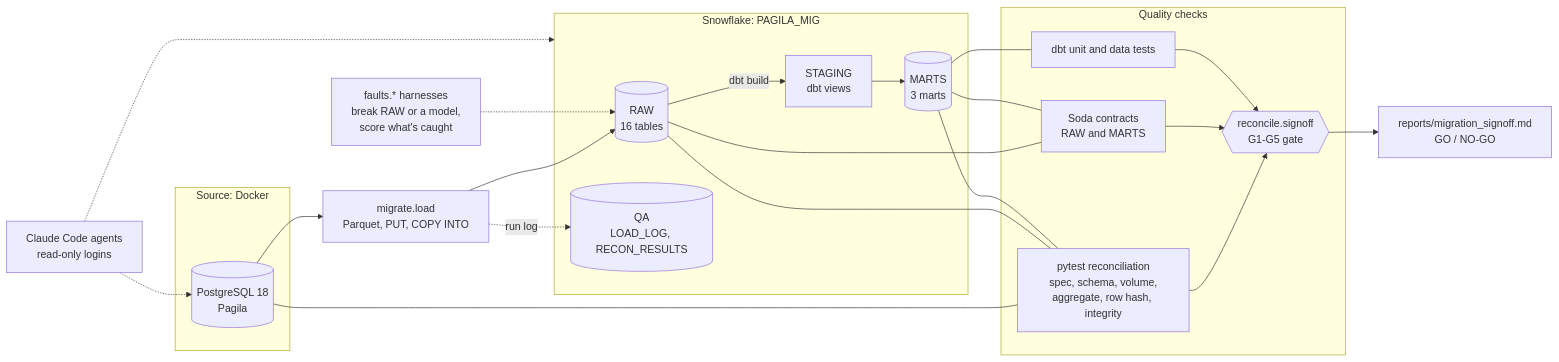
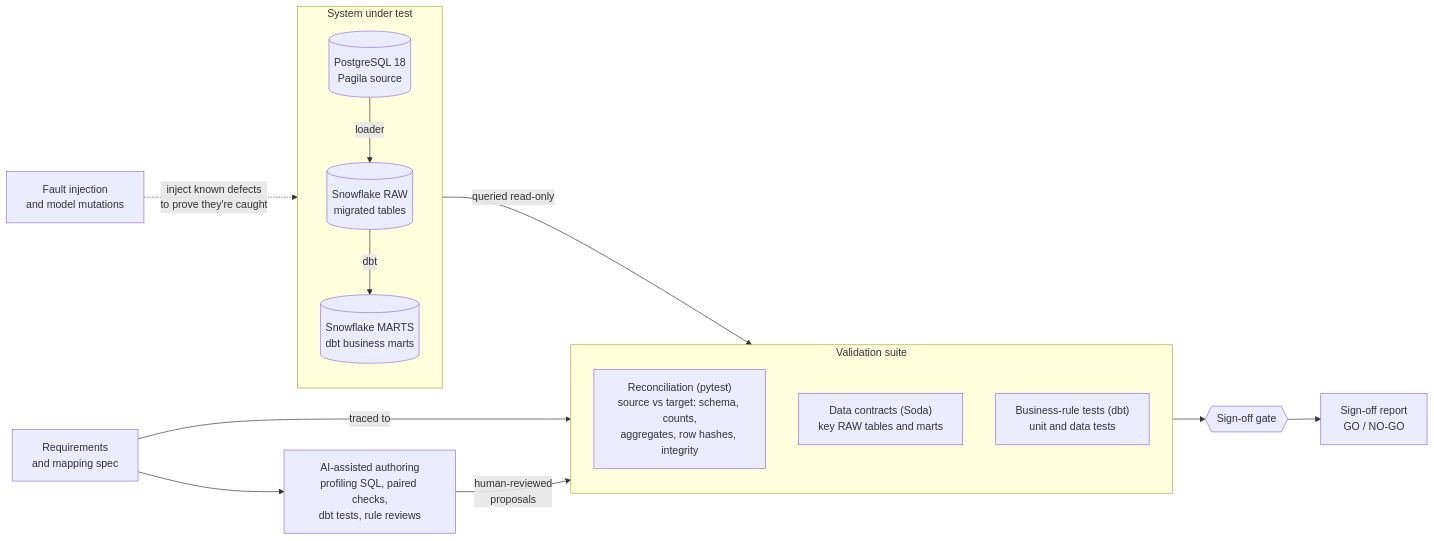
The diagram in README.md (cjbramble/pagila-to-snowflake), drawn with Mermaid before and after one commit. The commit also changed other lines of this file, not shown here.

Commit message:
Frame the README around the QA work
The migration and dbt models are the system under test, so the intro, diagram,
and layout table lead with the validation suite. AI agents appear only as
authors of human-reviewed checks and tests, and the Soda vs pytest comparison
is replaced by a plain description of what each does.

````diff
--- a/README.md
+++ b/README.md
@@ -18,40 +24,31 @@
 ```mermaid
 flowchart LR
-    subgraph src["Source: Docker"]
-        PG[("PostgreSQL 18<br>Pagila")]
+    subgraph sut["System under test"]
+        direction TB
+        PG[("PostgreSQL 18<br>Pagila source")]
+        RAW[("Snowflake RAW<br>migrated tables")]
+        MARTS[("Snowflake MARTS<br>dbt business marts")]
+        PG -- "loader" --> RAW -- "dbt" --> MARTS
     end
 
-    subgraph sf["Snowflake: PAGILA_MIG"]
-        RAW[("RAW<br>16 tables")]
-        STG["STAGING<br>dbt views"]
-        MARTS[("MARTS<br>3 marts")]
-        QA[("QA<br>LOAD_LOG, RECON_RESULTS")]
+    REQ["Requirements<br>and mapping spec"]
+
+    subgraph suite["Validation suite"]
+        direction TB
+        REC["Reconciliation (pytest)<br>source vs target: schema, counts,<br>aggregates, row hashes, integrity"]
+        SODA["Data contracts (Soda)<br>key RAW tables and marts"]
+        RULES["Business-rule tests (dbt)<br>unit and data tests"]
     end
 
-    LOAD["migrate.load<br>Parquet, PUT, COPY INTO"]
-    PG --> LOAD --> RAW
-    LOAD -. "run log" .-> QA
-    RAW -- "dbt build" --> STG --> MARTS
+    GATE{{"Sign-off gate"}}
+    REPORT["Sign-off report<br>GO / NO-GO"]
 
-    subgraph checks["Quality checks"]
-        REC["pytest reconciliation<br>spec, schema, volume,<br>aggregate, row hash, integrity"]
-        SODA["Soda contracts<br>RAW and MARTS"]
-        DBT["dbt unit and data tests"]
-        GATE{{"reconcile.signoff<br>G1-G5 gate"}}
-    end
+    AUTHOR["AI-assisted authoring<br>profiling SQL, paired checks,<br>dbt tests, rule reviews"]
+    FAULTS["Fault injection<br>and model mutations"]
 
-    PG --- REC
-    RAW --- REC
-    MARTS --- REC
-    RAW --- SODA
-    MARTS --- SODA
-    MARTS --- DBT
-    REC --> GATE
-    SODA --> GATE
-    DBT --> GATE
-    GATE --> REPORT["reports/migration_signoff.md<br>GO / NO-GO"]
-
-    FAULTS["faults.* harnesses<br>break RAW or a model,<br>score what's caught"] -.-> RAW
-    AGENTS["Claude Code agents<br>read-only logins"] -.-> PG
-    AGENTS -.-> sf
+    sut -- "queried read-only" --> suite
+    REQ -- "traced to" --> suite
+    REQ --> AUTHOR -- "human-reviewed<br>proposals" --> suite
+    FAULTS -. "inject known defects<br>to prove they're caught" .-> sut
+    suite --> GATE --> REPORT
 ```
````
